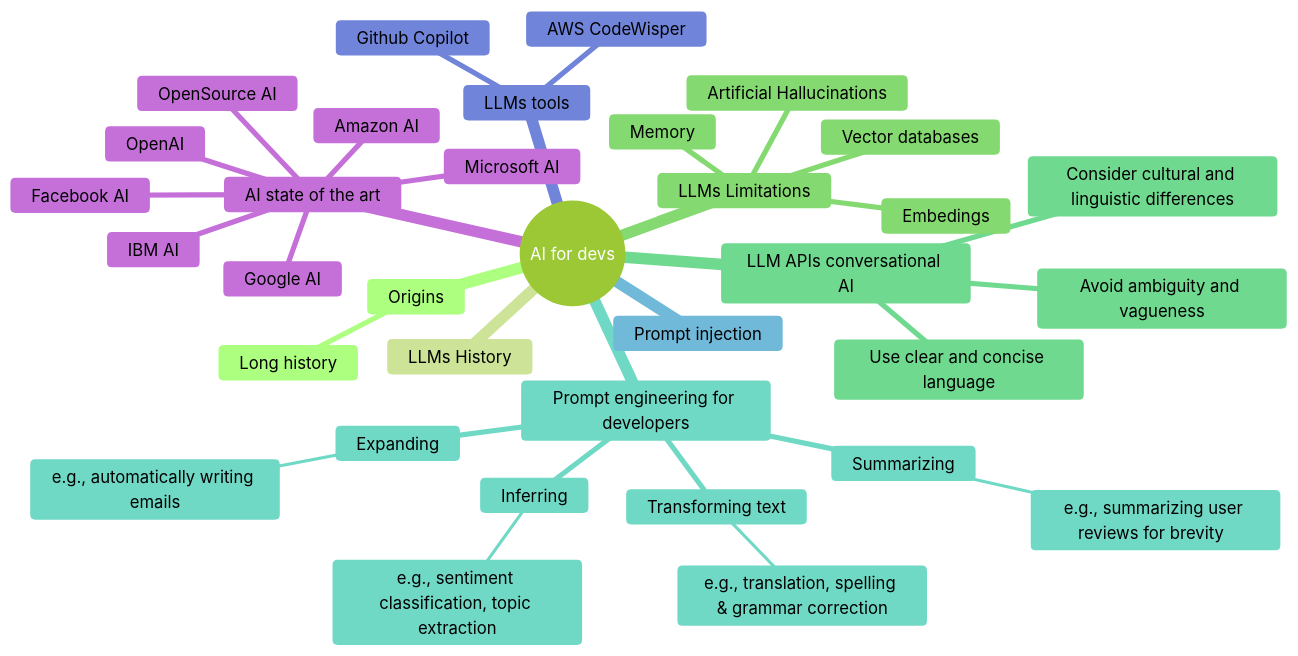
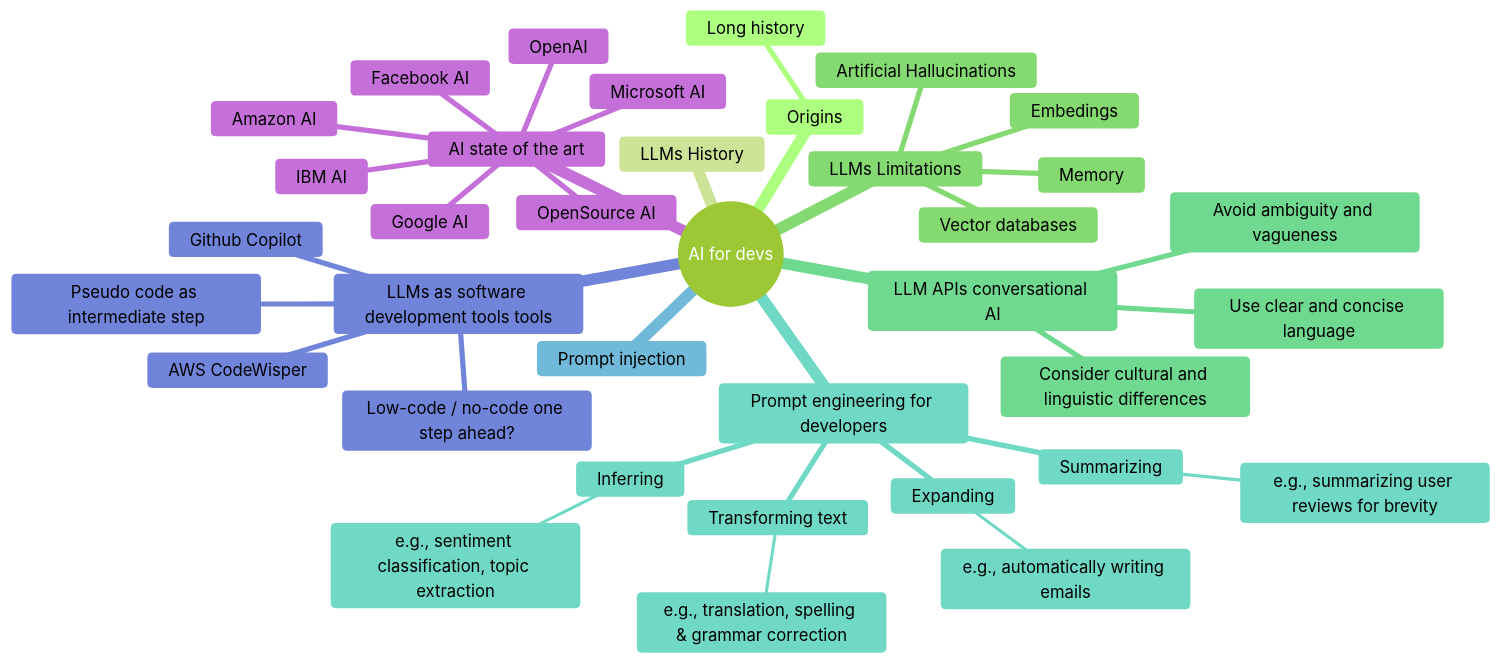
One commit to adben/prompt-engineering changed the diagram in README.md. Above: the diagram before and after it, drawn with Mermaid (forest theme).

````diff
--- a/README.md
+++ b/README.md
@@ -25,46 +25,47 @@
 ```mermaid
 mindmap
   root((AI for devs))
     Origins
     ::icon(fa fa-book)
         Long history
     LLMs History
     ::icon(fa fa-book-open)
     LLMs Limitations
     ::icon(fa fa-book-reader)
         Artificial Hallucinations
         Memory
         Vector databases
         Embedings
     LLM APIs conversational AI
     ::icon(fa fa-book-reader)
         Use clear and concise language
         Avoid ambiguity and vagueness
         Consider cultural and linguistic differences
     Prompt engineering for developers
     ::icon(fa fa-bookmark)
-        Summarizing 
-            e.g., summarizing user reviews for brevity  
-        Inferring 
+        Summarizing
+            e.g., summarizing user reviews for brevity
+        Inferring
             e.g., sentiment classification, topic extraction
-        Transforming text   
+        Transforming text
             e.g., translation, spelling & grammar correction
-        Expanding 
+        Expanding
             e.g., automatically writing emails
     Prompt injection
     ::icon(fa fa-bookmark-o)
-    LLMs tools
+    LLMs as software development tools tools
     ::icon(fa fa-book-dead)
         Github Copilot
         AWS CodeWisper
-        
+        Pseudo code as intermediate step
+        Low-code / no-code one step ahead?
     AI state of the art
     ::icon(fa fa-books)
         Google AI
         OpenSource AI
         Facebook AI
         OpenAI
         Microsoft AI
         IBM AI
         Amazon AI
 ```
````
